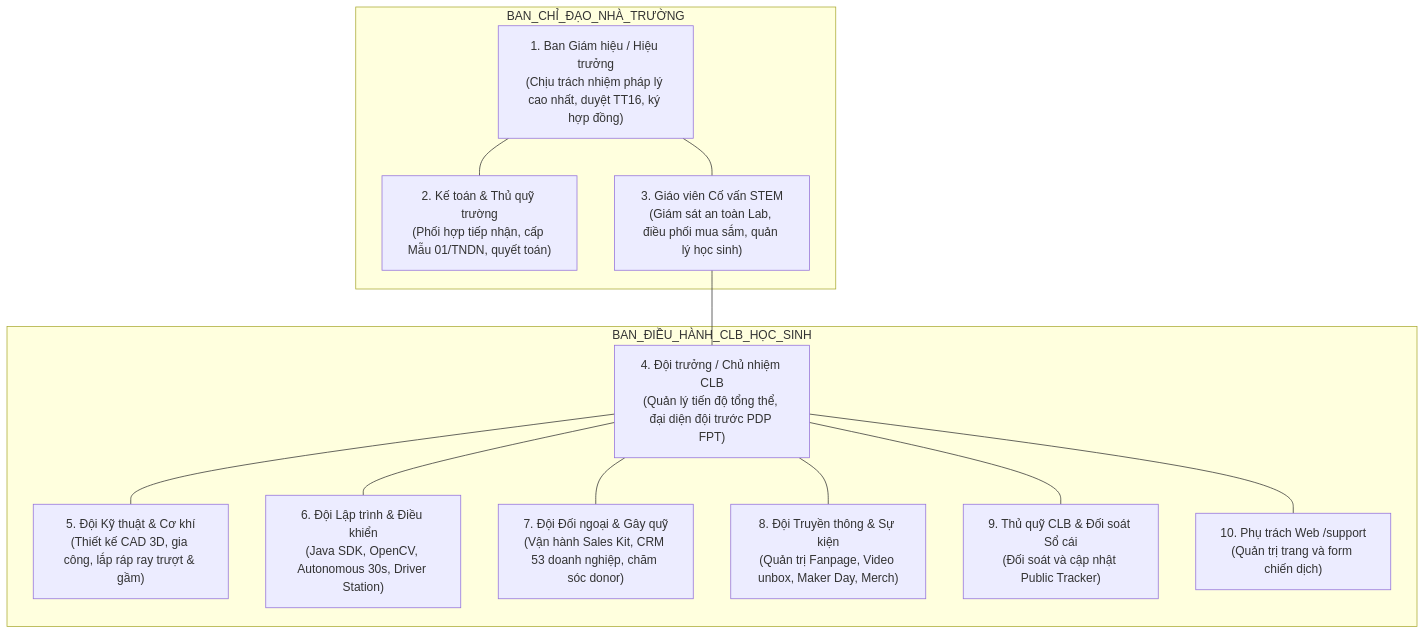
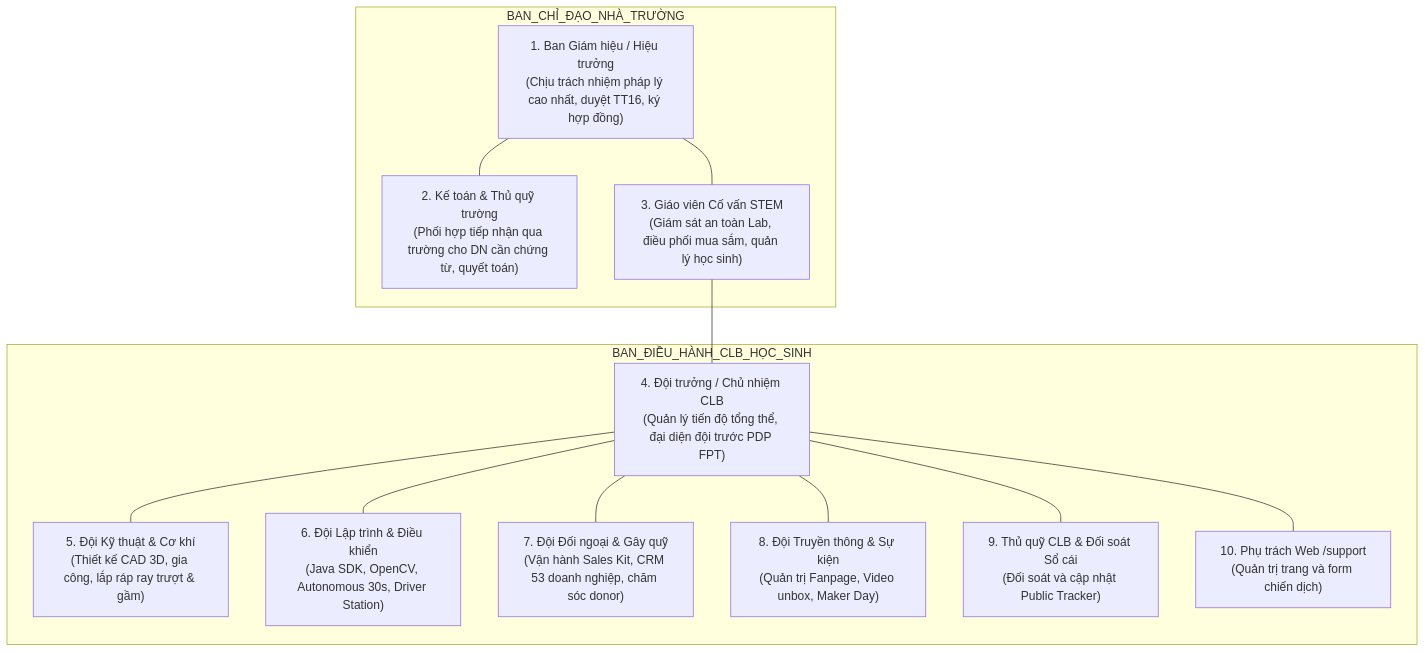
One commit to Minhmice/roboticssocson changed the second of 5 diagrams in docs/campaign-2026-2027/13-lo-trinh-phan-cong-kpi-rui-ro.md. Above: the diagram before and after it, drawn with Mermaid. The commit also changed other lines of this file and 304 other files, not shown here.

````diff
--- a/docs/campaign-2026-2027/13-lo-trinh-phan-cong-kpi-rui-ro.md
+++ b/docs/campaign-2026-2027/13-lo-trinh-phan-cong-kpi-rui-ro.md
@@ -61,26 +61,26 @@
 ```mermaid
 graph TD
     subgraph BAN_CHỈ_ĐẠO_NHÀ_TRƯỜNG
         H1["1. Ban Giám hiệu / Hiệu trưởng<br>(Chịu trách nhiệm pháp lý cao nhất, duyệt TT16, ký hợp đồng)"]
-        H2["2. Kế toán & Thủ quỹ trường<br>(Phối hợp tiếp nhận, cấp Mẫu 01/TNDN, quyết toán)"]
+        H2["2. Kế toán & Thủ quỹ trường<br>(Phối hợp tiếp nhận qua trường cho DN cần chứng từ, quyết toán)"]
         H3["3. Giáo viên Cố vấn STEM<br>(Giám sát an toàn Lab, điều phối mua sắm, quản lý học sinh)"]
     end
     subgraph BAN_ĐIỀU_HÀNH_CLB_HỌC_SINH
         S1["4. Đội trưởng / Chủ nhiệm CLB<br>(Quản lý tiến độ tổng thể, đại diện đội trước PDP FPT)"]
         S2["5. Đội Kỹ thuật & Cơ khí<br>(Thiết kế CAD 3D, gia công, lắp ráp ray trượt & gầm)"]
         S3["6. Đội Lập trình & Điều khiển<br>(Java SDK, OpenCV, Autonomous 30s, Driver Station)"]
         S4["7. Đội Đối ngoại & Gây quỹ<br>(Vận hành Sales Kit, CRM 53 doanh nghiệp, chăm sóc donor)"]
-        S5["8. Đội Truyền thông & Sự kiện<br>(Quản trị Fanpage, Video unbox, Maker Day, Merch)"]
+        S5["8. Đội Truyền thông & Sự kiện<br>(Quản trị Fanpage, Video unbox, Maker Day)"]
         S6["9. Thủ quỹ CLB & Đối soát Sổ cái<br>(Đối soát và cập nhật Public Tracker)"]
         S7["10. Phụ trách Web /support<br>(Quản trị trang và form chiến dịch)"]
     end
     H1 --- H2
     H1 --- H3
     H3 --- S1
     S1 --- S2
     S1 --- S3
     S1 --- S4
     S1 --- S5
     S1 --- S6
     S1 --- S7
 ```
````
